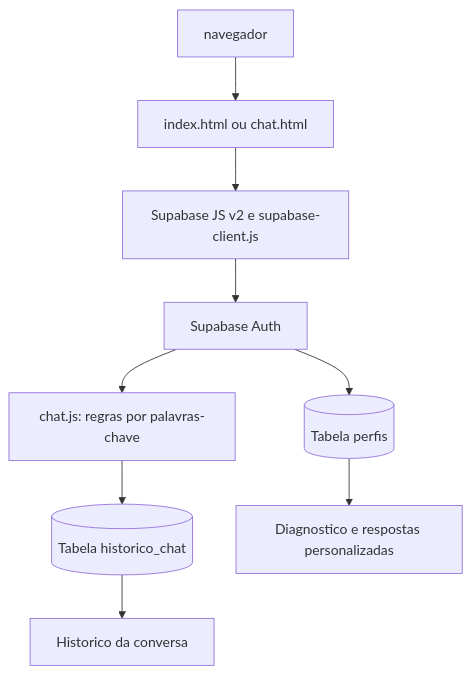
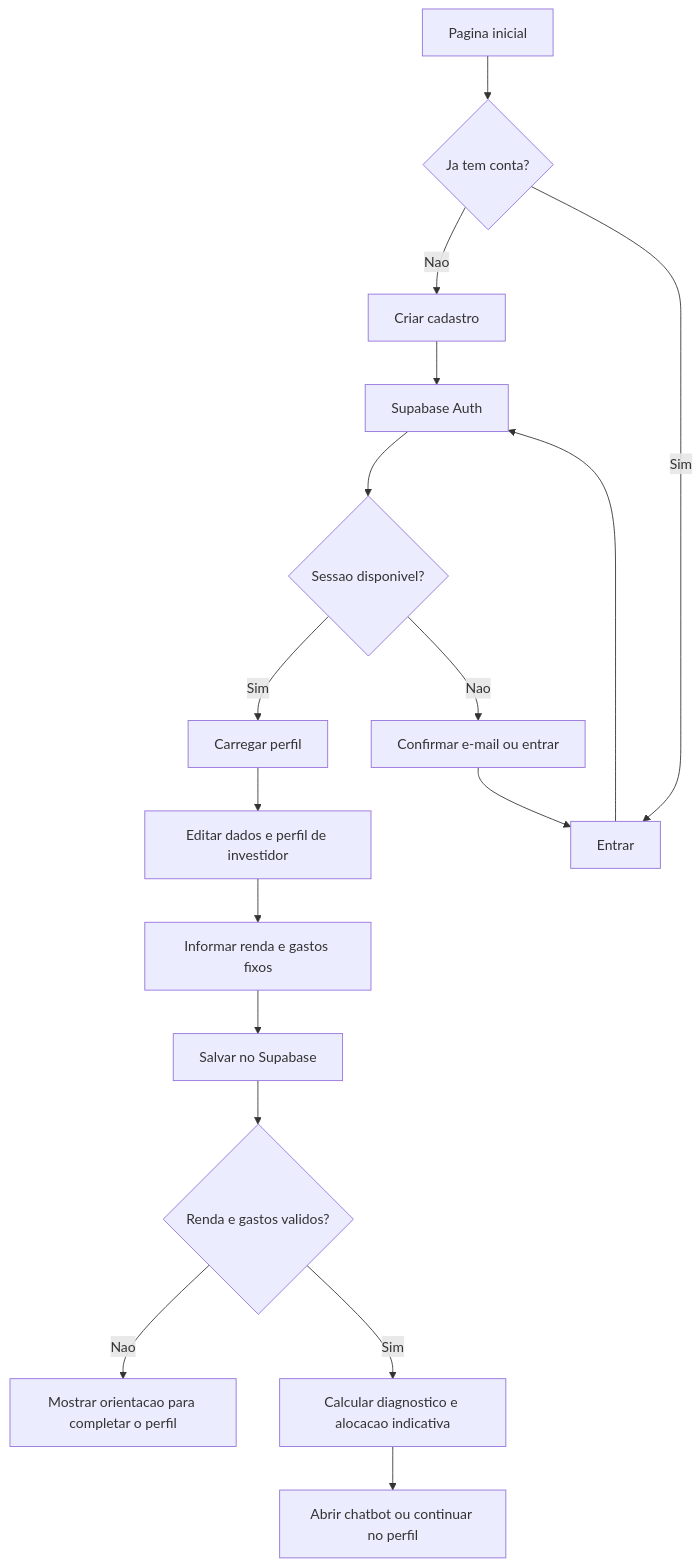
The first of 2 diagrams in Organiza Mais/documentacao.md (g-reitas037/projeto_ia), drawn with Mermaid before and after one commit. The commit also changed other lines of this file and 1 other file, not shown here.

````diff
--- a/Organiza Mais/documentacao.md
+++ b/Organiza Mais/documentacao.md
@@ -61,11 +105,19 @@
 ```mermaid
 flowchart TD
-    A[ navegador ] --> B[index.html ou chat.html]
-    B --> C[Supabase JS v2 e supabase-client.js]
+    A[Pagina inicial] --> B{Ja tem conta?}
+    B -->|Nao| C[Criar cadastro]
     C --> D[Supabase Auth]
-    D --> E[(Tabela perfis)]
-    D --> F[chat.js: regras por palavras-chave]
-    F --> G[(Tabela historico_chat)]
-    E --> H[Diagnostico e respostas personalizadas]
-    G --> I[Historico da conversa]
+    D --> E{Sessao disponivel?}
+    B -->|Sim| F[Entrar]
+    F --> D
+    E -->|Sim| G[Carregar perfil]
+    E -->|Nao| H[Confirmar e-mail ou entrar]
+    H --> F
+    G --> I[Editar dados e perfil de investidor]
+    I --> J[Informar renda e gastos fixos]
+    J --> K[Salvar no Supabase]
+    K --> L{Renda e gastos validos?}
+    L -->|Nao| M[Mostrar orientacao para completar o perfil]
+    L -->|Sim| N[Calcular diagnostico e alocacao indicativa]
+    N --> O[Abrir chatbot ou continuar no perfil]
 ```
````
